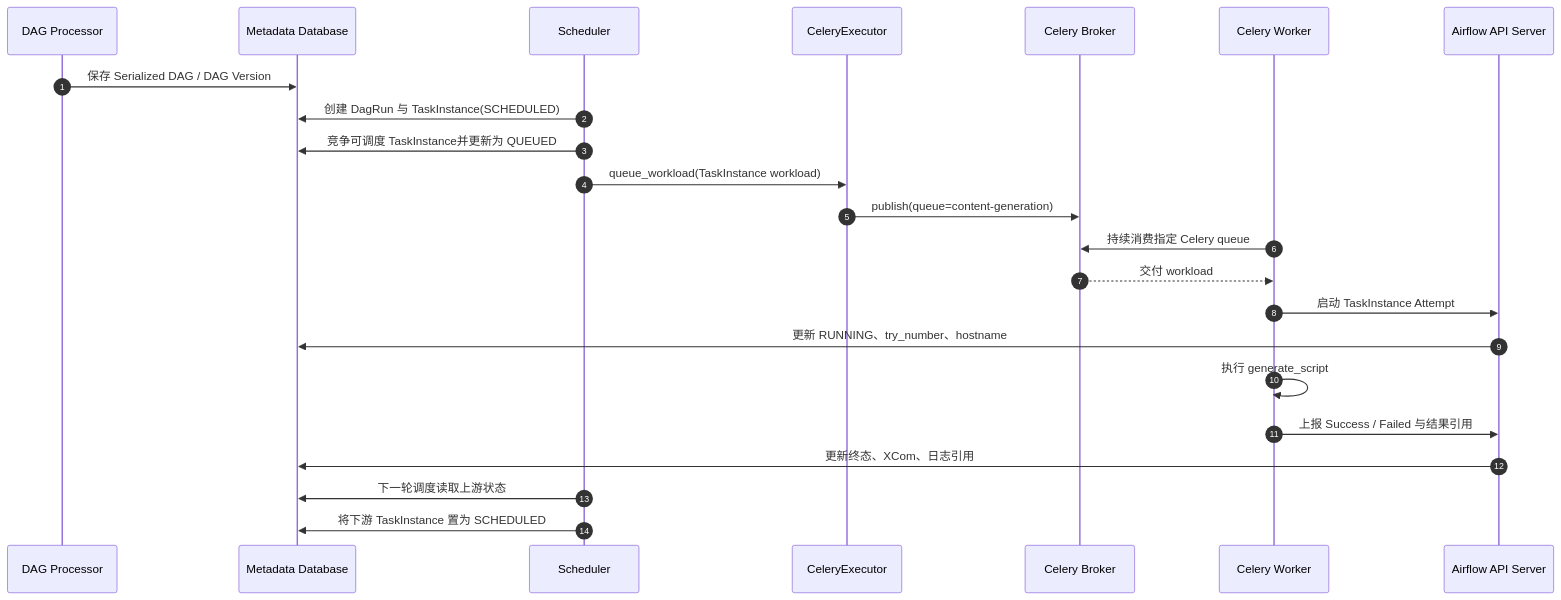
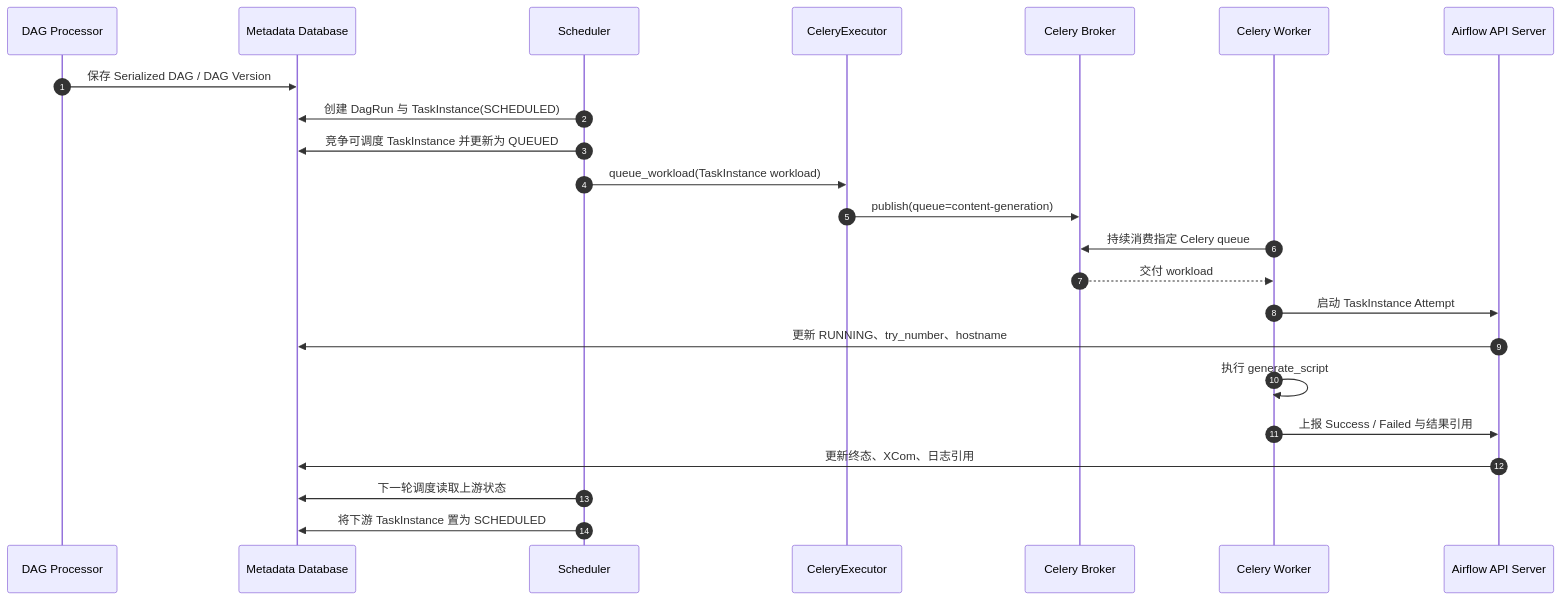
Before and after one commit to hotttao/backup: the diagram in posts/microservices/workflow/004_airflow_task_delivery_data_model.md, drawn with Mermaid. The commit also changed other lines of this file and 23 other files, not shown here.

````diff
--- a/posts/microservices/workflow/004_airflow_task_delivery_data_model.md
+++ b/posts/microservices/workflow/004_airflow_task_delivery_data_model.md
@@ -34,26 +37,26 @@
 ```mermaid
 sequenceDiagram
     autonumber
     participant DP as DAG Processor
     participant DB as Metadata Database
     participant S as Scheduler
     participant E as CeleryExecutor
     participant B as Celery Broker
     participant W as Celery Worker
     participant API as Airflow API Server
 
     DP->>DB: 保存 Serialized DAG / DAG Version
     S->>DB: 创建 DagRun 与 TaskInstance(SCHEDULED)
-    S->>DB: 竞争可调度 TaskInstance并更新为 QUEUED
+    S->>DB: 竞争可调度 TaskInstance 并更新为 QUEUED
     S->>E: queue_workload(TaskInstance workload)
     E->>B: publish(queue=content-generation)
     W->>B: 持续消费指定 Celery queue
     B-->>W: 交付 workload
     W->>API: 启动 TaskInstance Attempt
     API->>DB: 更新 RUNNING、try_number、hostname
     W->>W: 执行 generate_script
     W->>API: 上报 Success / Failed 与结果引用
     API->>DB: 更新终态、XCom、日志引用
     S->>DB: 下一轮调度读取上游状态
     S->>DB: 将下游 TaskInstance 置为 SCHEDULED
 ```
````
